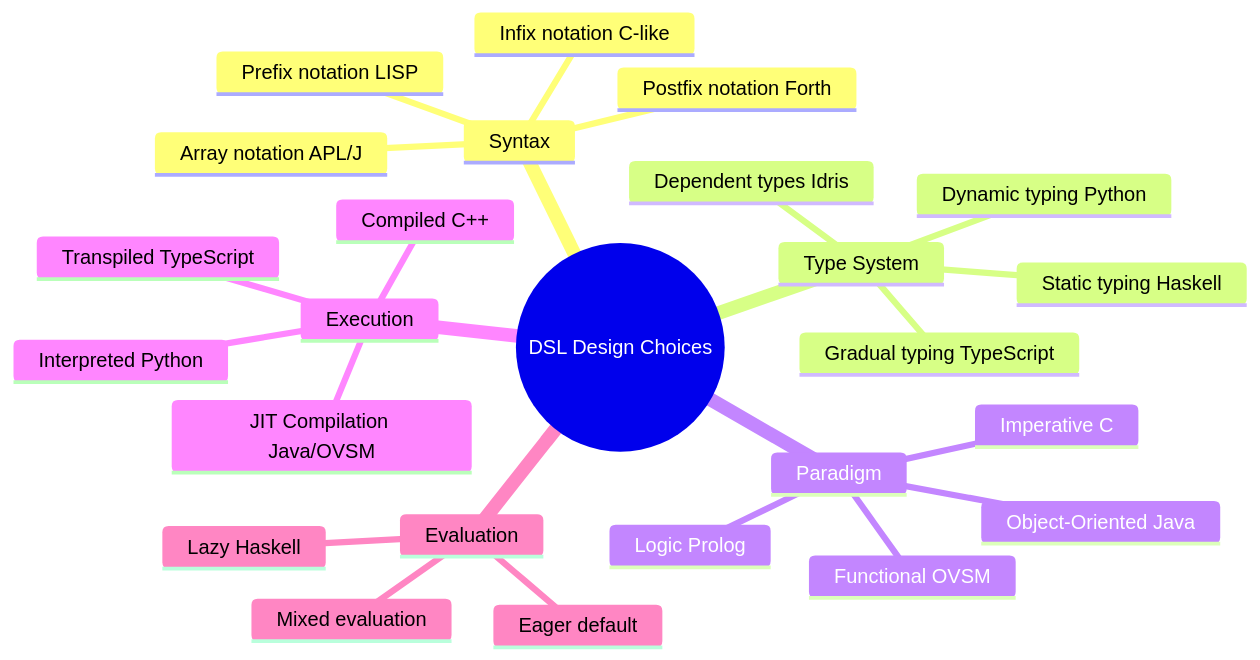
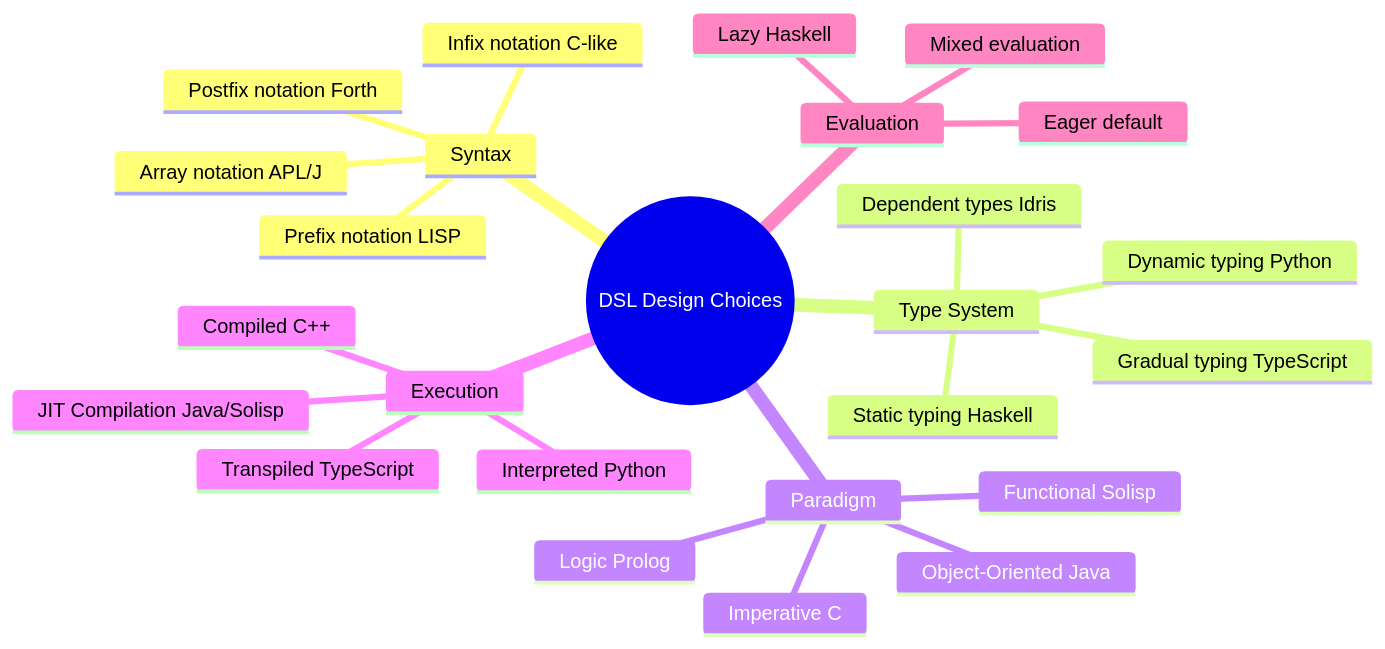
Before and after one commit to openSVM/solisp-book: the fourth of 5 diagrams in src/02_domain_specific_languages.md, drawn with Mermaid. The commit also changed other lines of this file and 21 other files, not shown here.

First line of the commit message:
Rename OVSM -> SOLISP throughout book

````diff
--- a/src/02_domain_specific_languages.md
+++ b/src/02_domain_specific_languages.md
@@ -916,28 +916,28 @@
 ```mermaid
 mindmap
   root((DSL Design Choices))
     Syntax
       Prefix notation LISP
       Infix notation C-like
       Postfix notation Forth
       Array notation APL/J
     Type System
       Static typing Haskell
       Dynamic typing Python
       Gradual typing TypeScript
       Dependent types Idris
     Paradigm
-      Functional OVSM
+      Functional Solisp
       Object-Oriented Java
       Imperative C
       Logic Prolog
     Execution
       Compiled C++
       Interpreted Python
-      JIT Compilation Java/OVSM
+      JIT Compilation Java/Solisp
       Transpiled TypeScript
     Evaluation
       Eager default
       Lazy Haskell
       Mixed evaluation
 ```
````
